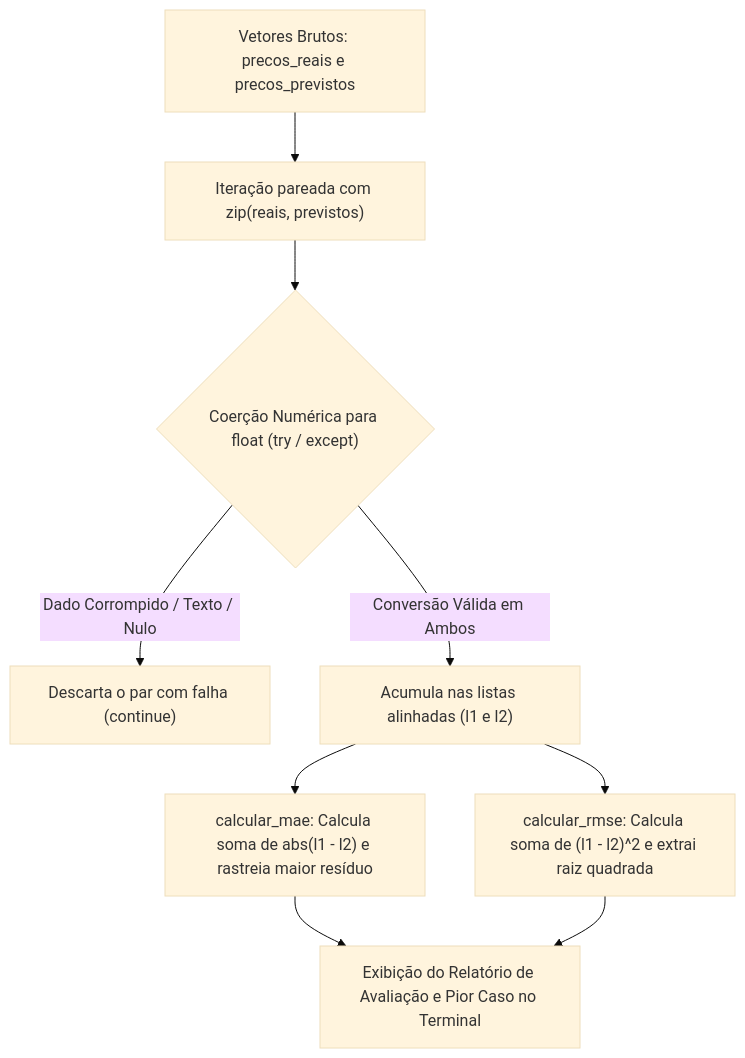
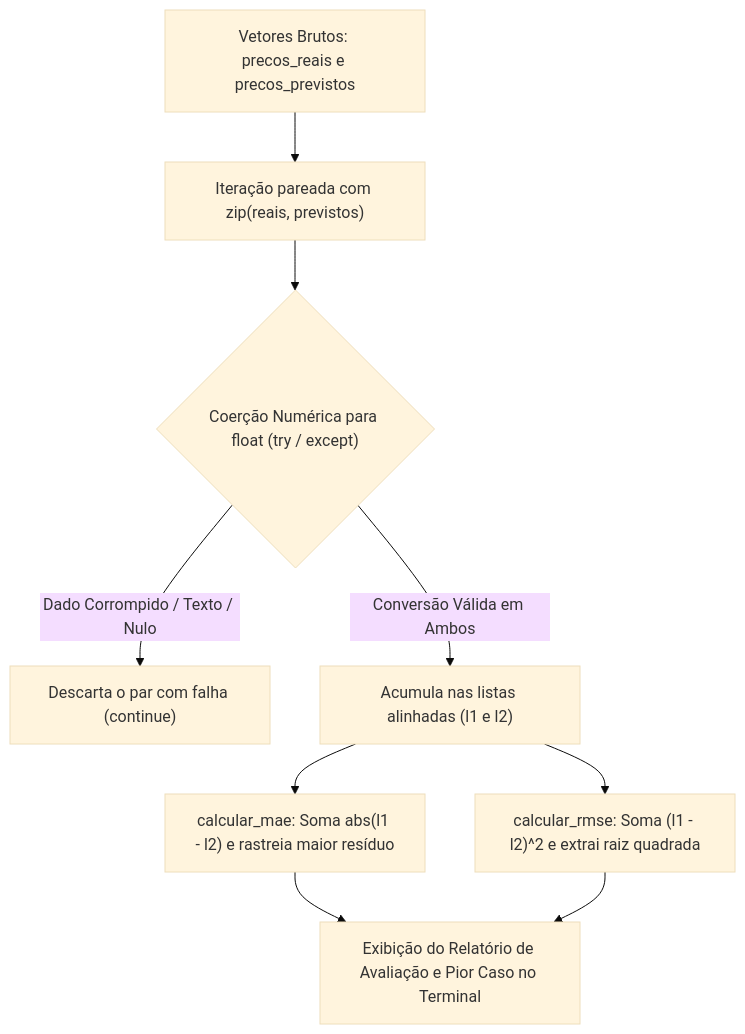
Before and after one commit to ryanaurelio2005/python-pure-data-challenges: the third of 4 diagrams in README.md, drawn with Mermaid (base theme). The commit also changed other lines of this file and 1 other file, not shown here.

````diff
--- a/README.md
+++ b/README.md
@@ -82,11 +83,11 @@
 ```mermaid
 flowchart TD
     A["Vetores Brutos: precos_reais e precos_previstos"] --> B["Iteração pareada com zip(reais, previstos)"]
     B --> C{"Coerção Numérica para float (try / except)"}
     C -- "Dado Corrompido / Texto / Nulo" --> D["Descarta o par com falha (continue)"]
     C -- "Conversão Válida em Ambos" --> E["Acumula nas listas alinhadas (l1 e l2)"]
-    E --> F["calcular_mae: Calcula soma de abs(l1 - l2) e rastreia maior resíduo"]
-    E --> G["calcular_rmse: Calcula soma de (l1 - l2)^2 e extrai raiz quadrada"]
+    E --> F["calcular_mae: Soma abs(l1 - l2) e rastreia maior resíduo"]
+    E --> G["calcular_rmse: Soma (l1 - l2)^2 e extrai raiz quadrada"]
     F --> H["Exibição do Relatório de Avaliação e Pior Caso no Terminal"]
     G --> H
 ```
````
